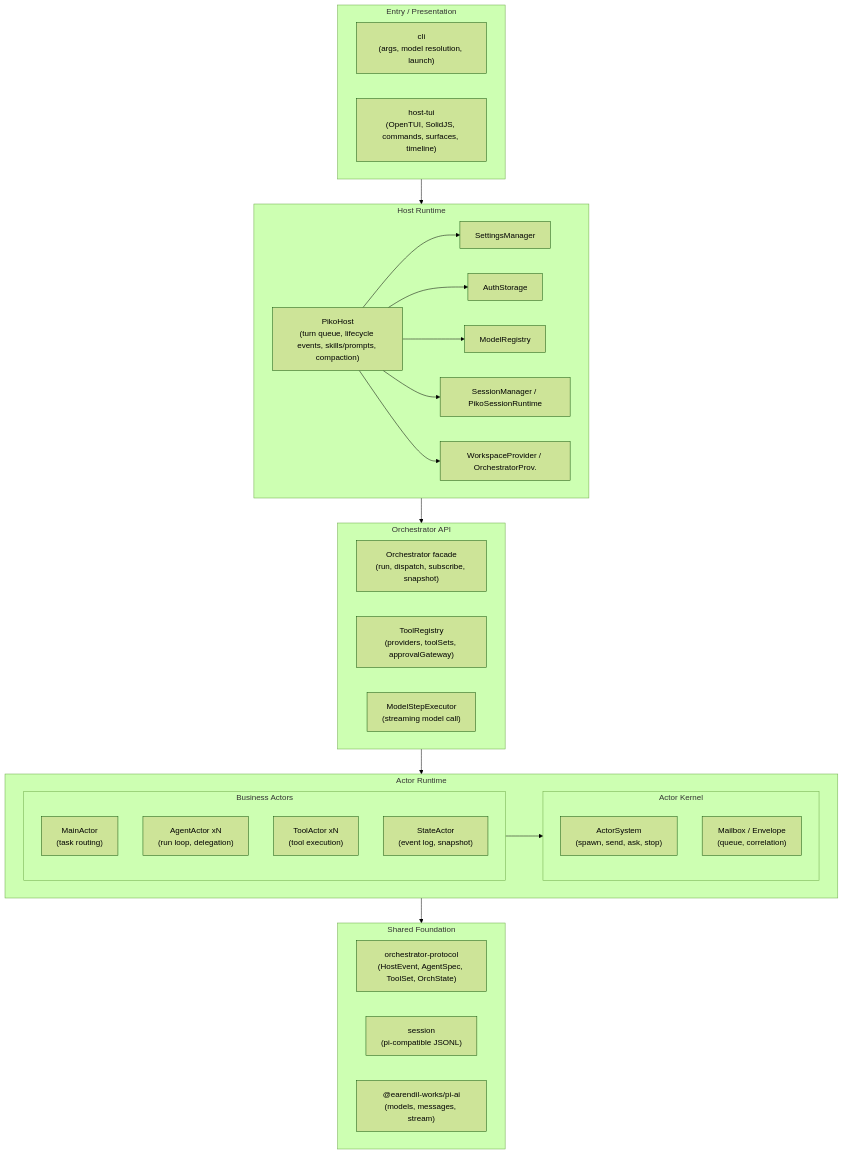
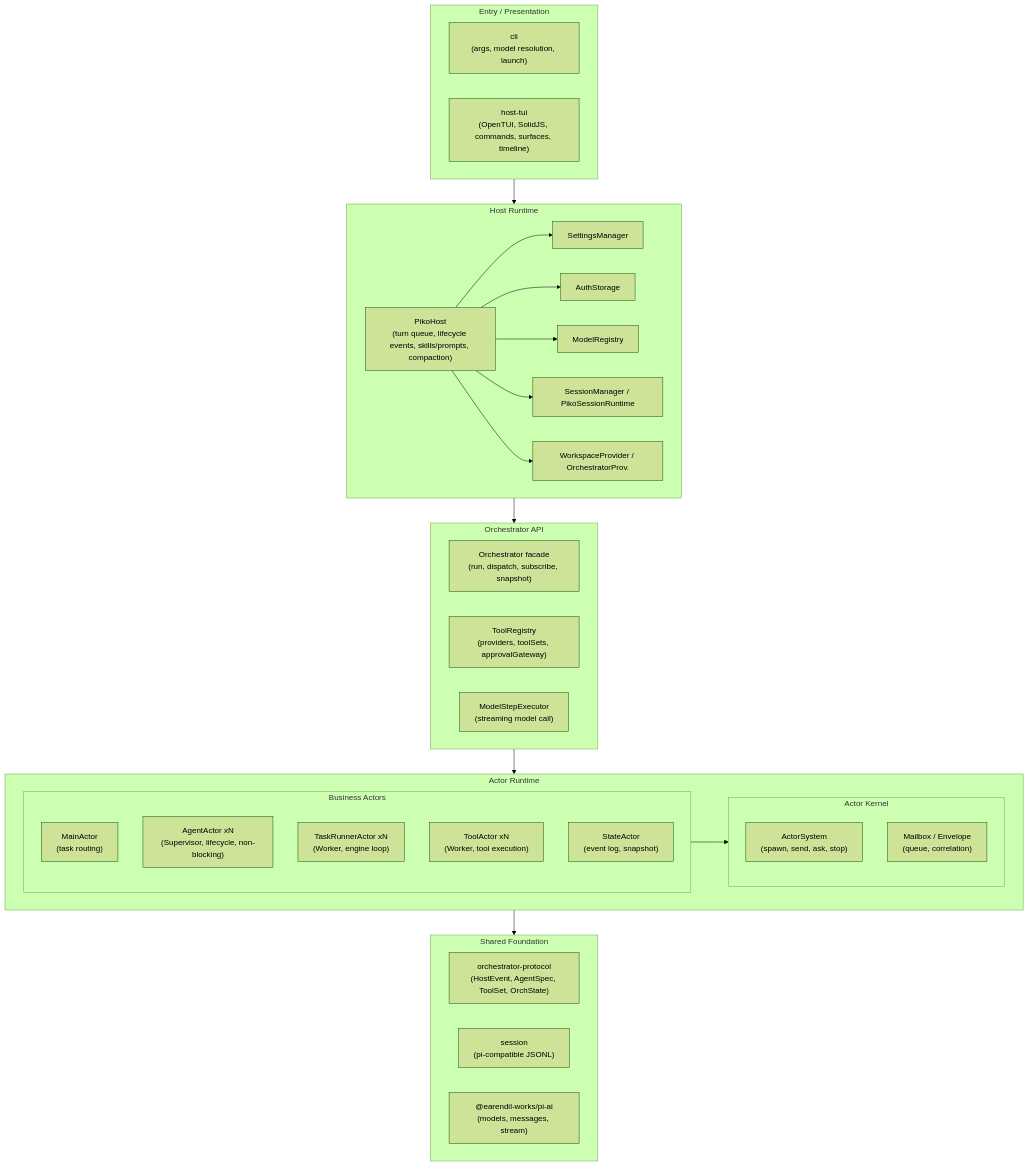
The first of 2 diagrams in README.md (biuld/piko), drawn with Mermaid (forest theme) before and after one commit. The commit also changed other lines of this file and 5 other files, not shown here.

Commit message:
feat(orchestrator): implement supervisor-worker pattern for agent actor

````diff
--- a/README.md
+++ b/README.md
@@ -11,55 +11,56 @@
 ```mermaid
 flowchart TD
     subgraph Presentation ["Entry / Presentation"]
         direction LR
         cli["cli<br/>(args, model resolution, launch)"]
         host-tui["host-tui<br/>(OpenTUI, SolidJS, commands, surfaces, timeline)"]
     end
 
     subgraph Host ["Host Runtime"]
         PikoHost["PikoHost<br/>(turn queue, lifecycle events, skills/prompts, compaction)"]
         SettingsManager["SettingsManager"]
         AuthStorage["AuthStorage"]
         ModelRegistry["ModelRegistry"]
         SessionManager["SessionManager / PikoSessionRuntime"]
         WorkspaceProvider["WorkspaceProvider / OrchestratorProv."]
         
         PikoHost --> SettingsManager
         PikoHost --> AuthStorage
         PikoHost --> ModelRegistry
         PikoHost --> SessionManager
         PikoHost --> WorkspaceProvider
     end
 
     subgraph OrchAPI ["Orchestrator API"]
         Orchestrator["Orchestrator facade<br/>(run, dispatch, subscribe, snapshot)"]
         ToolRegistry["ToolRegistry<br/>(providers, toolSets, approvalGateway)"]
         Executor["ModelStepExecutor<br/>(streaming model call)"]
     end
 
     subgraph ActorRuntime ["Actor Runtime"]
         subgraph BusinessActors ["Business Actors"]
             MainActor["MainActor<br/>(task routing)"]
-            AgentActor["AgentActor xN<br/>(run loop, delegation)"]
-            ToolActor["ToolActor xN<br/>(tool execution)"]
+            AgentActor["AgentActor xN<br/>(Supervisor, lifecycle, non-blocking)"]
+            TaskRunnerActor["TaskRunnerActor xN<br/>(Worker, engine loop)"]
+            ToolActor["ToolActor xN<br/>(Worker, tool execution)"]
             StateActor["StateActor<br/>(event log, snapshot)"]
         end
         subgraph ActorKernel ["Actor Kernel"]
             ActorSystem["ActorSystem<br/>(spawn, send, ask, stop)"]
             Mailbox["Mailbox / Envelope<br/>(queue, correlation)"]
         end
         
         BusinessActors --> ActorKernel
     end
 
     subgraph Foundation ["Shared Foundation"]
         protocol["orchestrator-protocol<br/>(HostEvent, AgentSpec, ToolSet, OrchState)"]
         session["session<br/>(pi-compatible JSONL)"]
         pi_ai["@earendil-works/pi-ai<br/>(models, messages, stream)"]
     end
 
     Presentation --> Host
     Host --> OrchAPI
     OrchAPI --> ActorRuntime
     ActorRuntime --> Foundation
 ```
````
